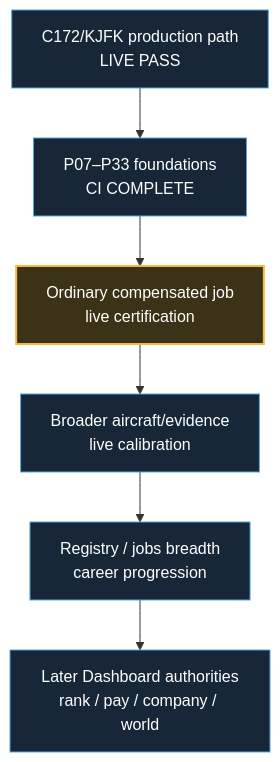
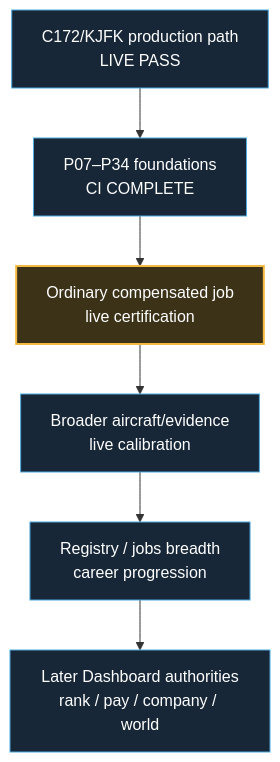
The second of 2 diagrams in docs/development-master-checklist.md (dhavalpddn-eng/OpenCareer), drawn with Mermaid before and after one commit. The commit also changed other lines of this file and 2 other files, not shown here.

````diff
--- a/docs/development-master-checklist.md
+++ b/docs/development-master-checklist.md
@@ -54,13 +54,13 @@
 ```mermaid
 flowchart TD
-    A["C172/KJFK production path<br/>LIVE PASS"] --> B["P07–P33 foundations<br/>CI COMPLETE"]
+    A["C172/KJFK production path<br/>LIVE PASS"] --> B["P07–P34 foundations<br/>CI COMPLETE"]
     B --> C["Ordinary compensated job<br/>live certification"]
     C --> D["Broader aircraft/evidence<br/>live calibration"]
     D --> E["Registry / jobs breadth<br/>career progression"]
     E --> F["Later Dashboard authorities<br/>rank / pay / company / world"]
 
     classDef next fill:#3b3218,stroke:#F4B942,color:#fff,stroke-width:2px;
     classDef future fill:#172737,stroke:#4EA8DE,color:#fff,stroke-width:1px;
     class C next;
     class A,B,D,E,F future;
 ```
````
